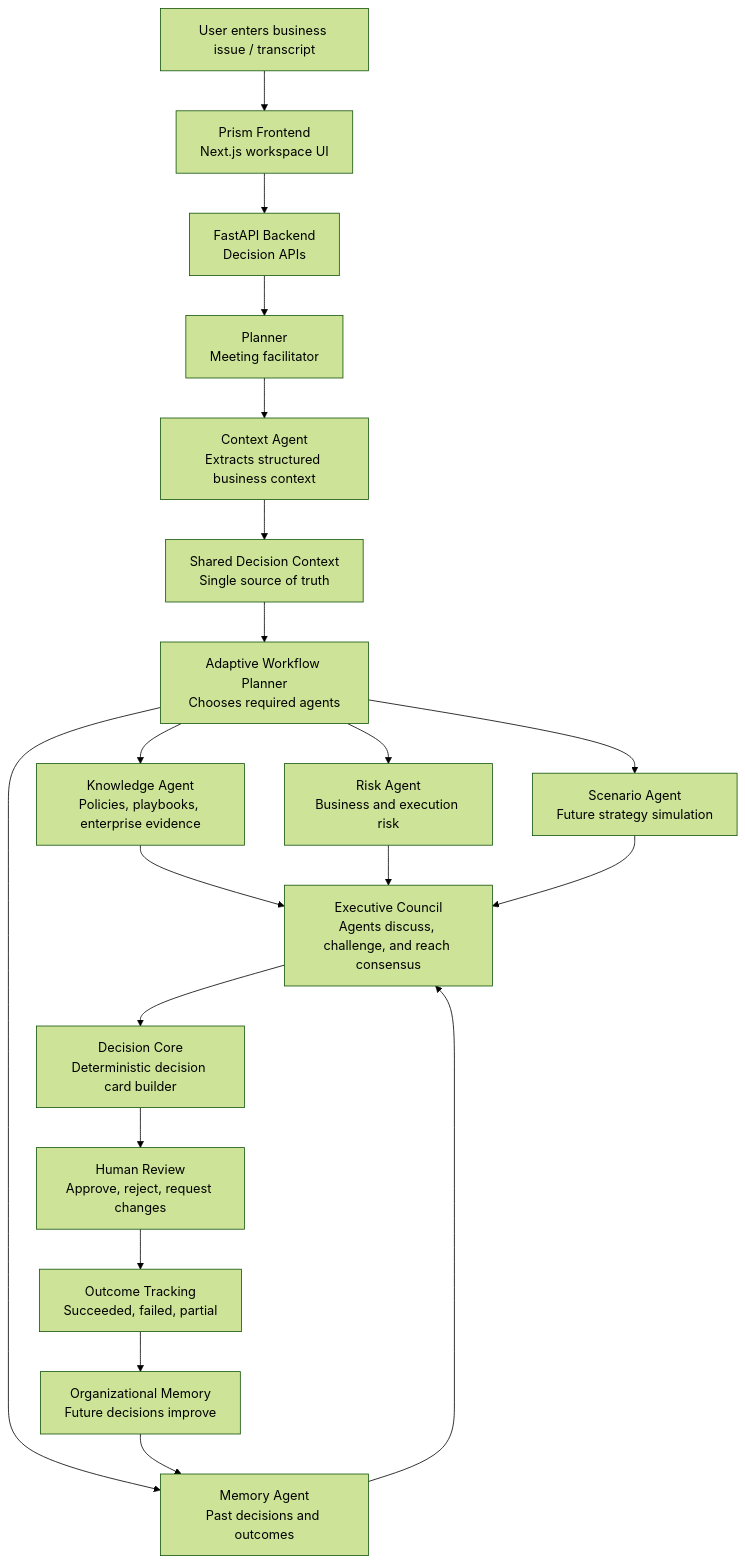
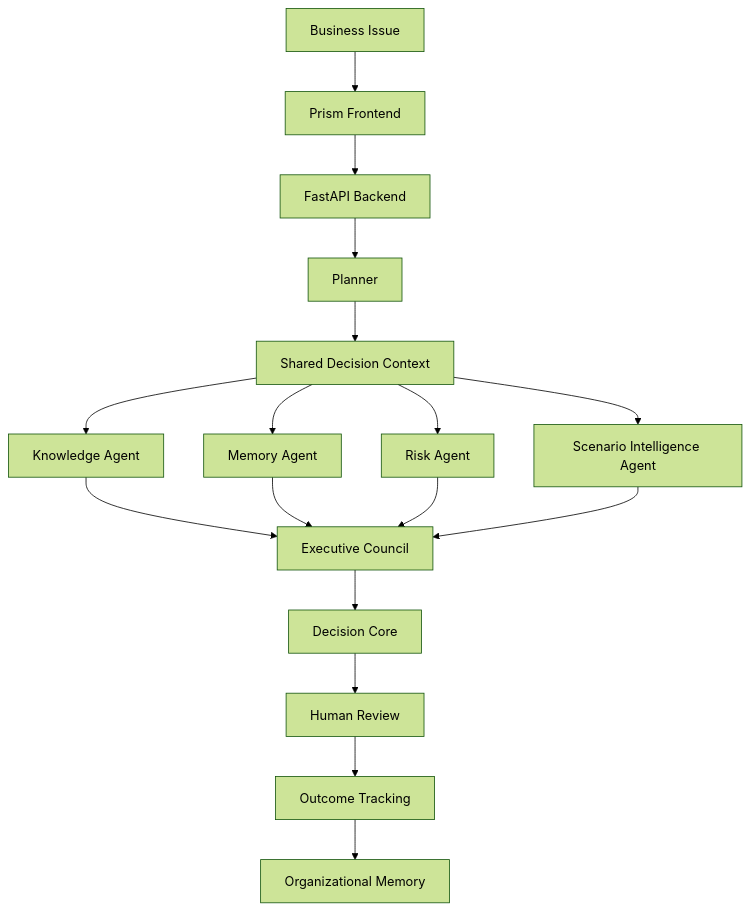
One commit to Harshita-i/prism changed the diagram in README.md. Above: the diagram before and after it, drawn with Mermaid (forest theme). The commit also changed other lines of this file and 2 other files, not shown here.

````diff
--- a/README.md
+++ b/README.md
@@ -1,33 +174,19 @@
 ```mermaid
 flowchart TD
-    A["User enters business issue / transcript"] --> B["Prism Frontend<br/>Next.js workspace UI"]
-
-    B --> C["FastAPI Backend<br/>Decision APIs"]
-
-    C --> D["Planner<br/>Meeting facilitator"]
-
-    D --> E["Context Agent<br/>Extracts structured business context"]
-
-    E --> F["Shared Decision Context<br/>Single source of truth"]
-
-    F --> G["Adaptive Workflow Planner<br/>Chooses required agents"]
-
-    G --> H["Knowledge Agent<br/>Policies, playbooks, enterprise evidence"]
-    G --> I["Memory Agent<br/>Past decisions and outcomes"]
-    G --> J["Risk Agent<br/>Business and execution risk"]
-    G --> K["Scenario Agent<br/>Future strategy simulation"]
-
-    H --> L["Executive Council<br/>Agents discuss, challenge, and reach consensus"]
-    I --> L
-    J --> L
-    K --> L
-
-    L --> M["Decision Core<br/>Deterministic decision card builder"]
-
-    M --> N["Human Review<br/>Approve, reject, request changes"]
-
-    N --> O["Outcome Tracking<br/>Succeeded, failed, partial"]
-
-    O --> P["Organizational Memory<br/>Future decisions improve"]
-    P --> I
+    A["Business Issue"] --> B["Prism Frontend"]
+    B --> C["FastAPI Backend"]
+    C --> D["Planner"]
+    D --> E["Shared Decision Context"]
+    E --> F["Knowledge Agent"]
+    E --> G["Memory Agent"]
+    E --> H["Risk Agent"]
+    E --> I["Scenario Intelligence Agent"]
+    F --> J["Executive Council"]
+    G --> J
+    H --> J
+    I --> J
+    J --> K["Decision Core"]
+    K --> L["Human Review"]
+    L --> M["Outcome Tracking"]
+    M --> N["Organizational Memory"]
 ```
````
